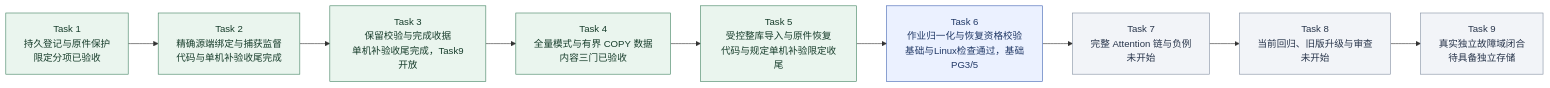
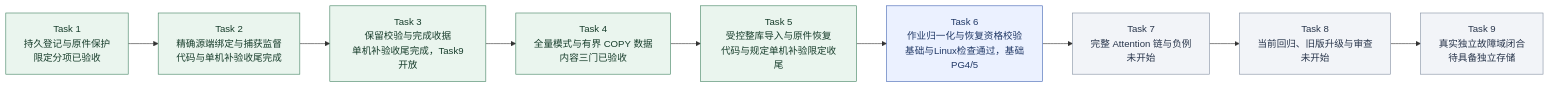
One commit to MansurnamedZhang/learning-system-p0c4 changed the second of 9 diagrams in docs/KnowWeave实施路线与系统架构.md. Above: the diagram before and after it, drawn with Mermaid. The commit also changed other lines of this file and 6 other files, not shown here.

Commit message:
docs(backup): accept derived recovery foundation and align roadmap

````diff
--- a/docs/KnowWeave实施路线与系统架构.md
+++ b/docs/KnowWeave实施路线与系统架构.md
@@ -78,26 +84,26 @@
 ```mermaid
 flowchart LR
     C4T1["Task 1<br/>持久登记与原件保护<br/>限定分项已验收"]
     C4T2["Task 2<br/>精确源端绑定与捕获监督<br/>代码与单机补验收尾完成"]
     C4T3["Task 3<br/>保留校验与完成收据<br/>单机补验收尾完成，Task9开放"]
     C4T4["Task 4<br/>全量模式与有界 COPY 数据<br/>内容三门已验收"]
     C4T5["Task 5<br/>受控整库导入与原件恢复<br/>代码与规定单机补验限定收尾"]
-    C4T6["Task 6<br/>作业归一化与恢复资格校验<br/>基础与Linux检查通过，基础PG3/5"]
+    C4T6["Task 6<br/>作业归一化与恢复资格校验<br/>基础与Linux检查通过，基础PG4/5"]
     C4T7["Task 7<br/>完整 Attention 链与负例<br/>未开始"]
     C4T8["Task 8<br/>当前回归、旧版升级与审查<br/>未开始"]
     C4T9["Task 9<br/>真实独立故障域闭合<br/>待具备独立存储"]
     C4T1 --> C4T2
     C4T2 --> C4T3
     C4T3 --> C4T4
     C4T4 --> C4T5
     C4T5 --> C4T6
     C4T6 --> C4T7
     C4T7 --> C4T8
     C4T8 --> C4T9
     class C4T1,C4T2,C4T3,C4T4,C4T5 done
     class C4T6 next
     class C4T7,C4T8,C4T9 planned
     classDef done fill:#eaf5ee,stroke:#438363,color:#173d2b
     classDef next fill:#ebf1ff,stroke:#4365b4,color:#203866
     classDef planned fill:#f2f4f8,stroke:#8591a3,color:#28354b
 ```
````
